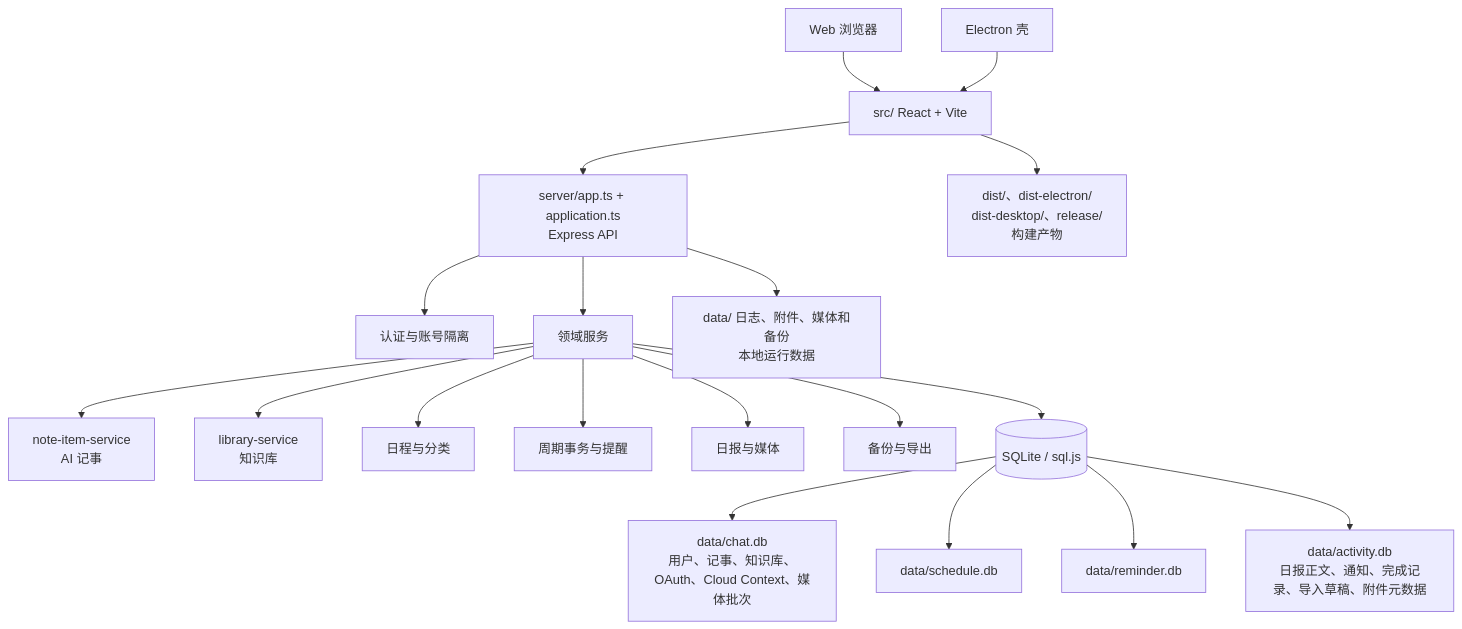
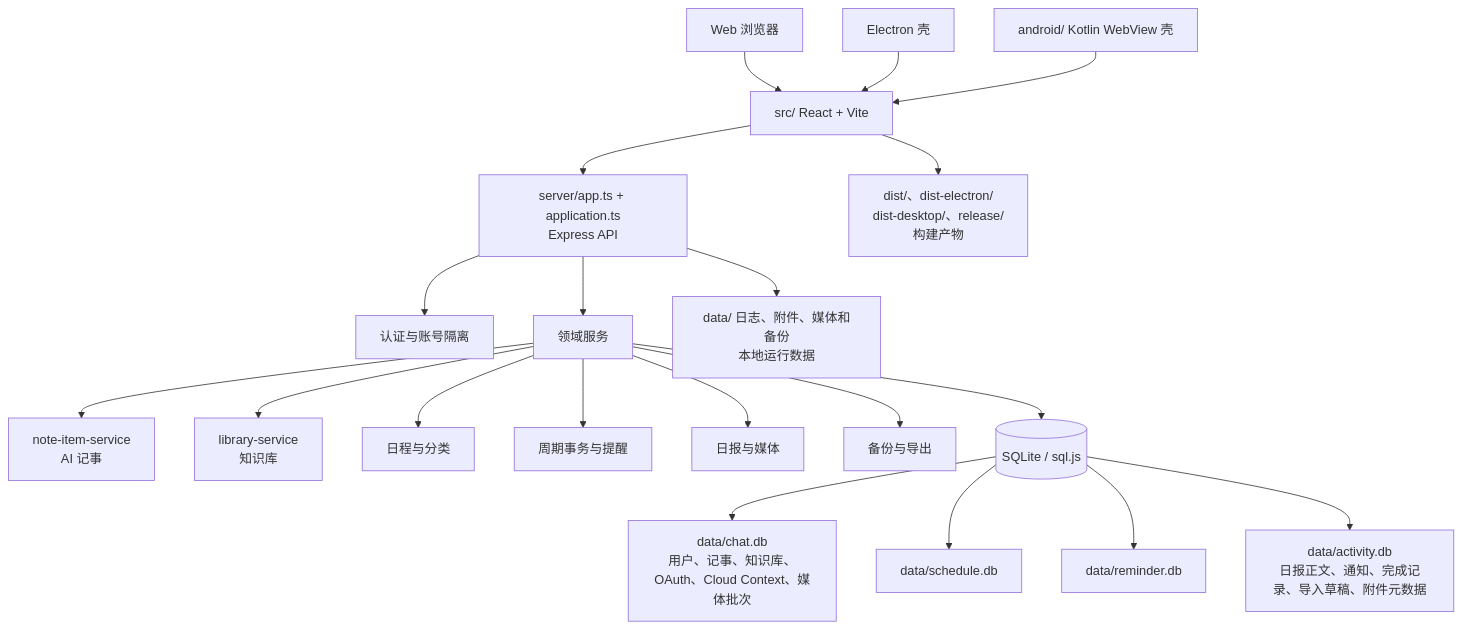
One commit to T1mothyS/Orbit changed the first of 2 diagrams in PROJECT-MAP.md. Above: the diagram before and after it, drawn with Mermaid. The commit also changed other lines of this file and 54 other files, not shown here.

Commit message:
feat(android): add WebView shell and independent notification trials

````diff
--- a/PROJECT-MAP.md
+++ b/PROJECT-MAP.md
@@ -23,21 +23,22 @@
 ```mermaid
 flowchart TD
     Browser[Web 浏览器] --> React[src/ React + Vite]
     Electron[Electron 壳] --> React
+    Android[android/ Kotlin WebView 壳] --> React
     React --> API[server/app.ts + application.ts\nExpress API]
     API --> Auth[认证与账号隔离]
     API --> Domains[领域服务]
     Domains --> Notes[note-item-service\nAI 记事]
     Domains --> Library[library-service\n知识库]
     Domains --> Calendar[日程与分类]
     Domains --> Reminders[周期事务与提醒]
     Domains --> Reports[日报与媒体]
     Domains --> Backup[备份与导出]
     Domains --> DB[(SQLite / sql.js)]
     DB --> ChatDB[data/chat.db\n用户、记事、知识库、OAuth、Cloud Context、媒体批次]
     DB --> ScheduleDB[data/schedule.db]
     DB --> ReminderDB[data/reminder.db]
     DB --> ActivityDB[data/activity.db\n日报正文、通知、完成记录、导入草稿、附件元数据]
     API --> Runtime[data/ 日志、附件、媒体和备份\n本地运行数据]
     React --> Generated[dist/、dist-electron/\ndist-desktop/、release/\n构建产物]
 ```
````
